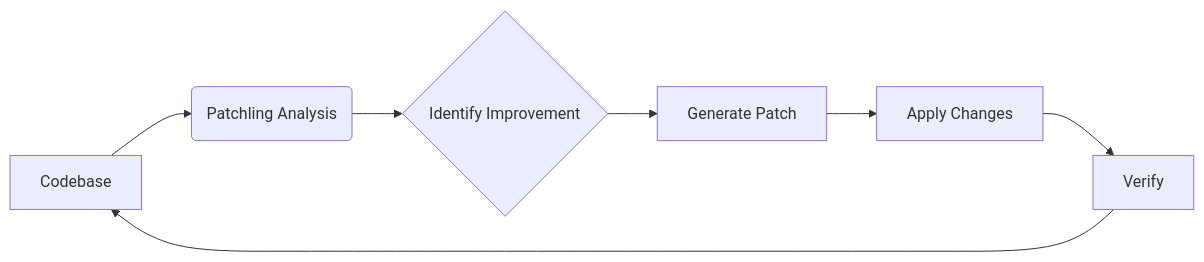
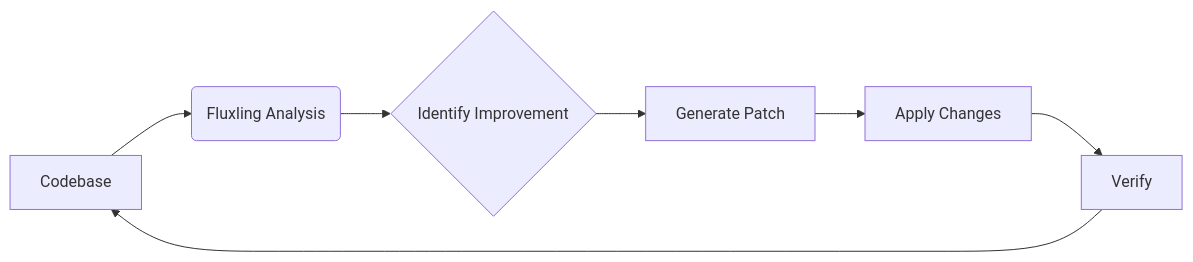
Before and after one commit to toxicwind/fluxling-transform: the diagram in docs/examples/automation.md, drawn with Mermaid. The commit also changed other lines of this file and 45 other files, not shown here.

First line of the commit message:
rename: patchling -> fluxling — the Python port gets its own name

````diff
--- a/docs/examples/automation.md
+++ b/docs/examples/automation.md
@@ -68,9 +68,9 @@
 ```mermaid
 graph LR
-    A[Codebase] --> B(Patchling Analysis)
+    A[Codebase] --> B(Fluxling Analysis)
     B --> C{Identify Improvement}
     C --> D[Generate Patch]
     D --> E[Apply Changes]
     E --> F[Verify]
     F --> A
 ```
````
